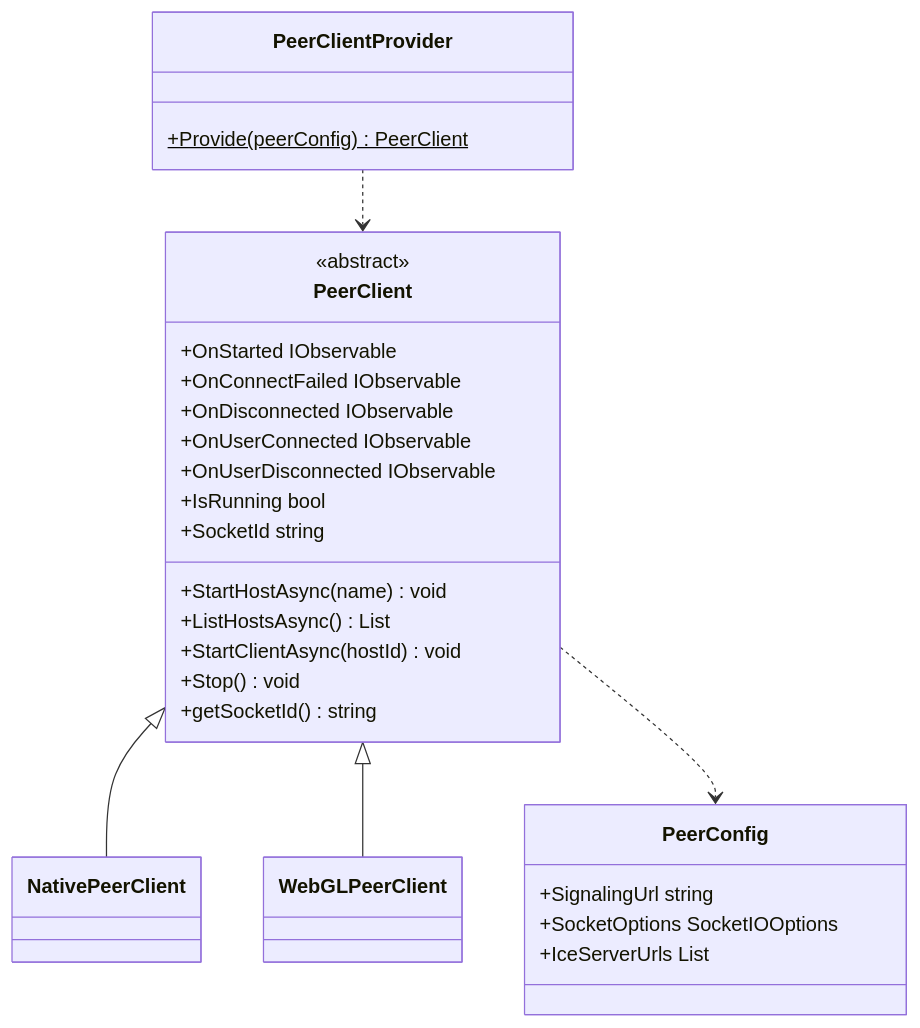
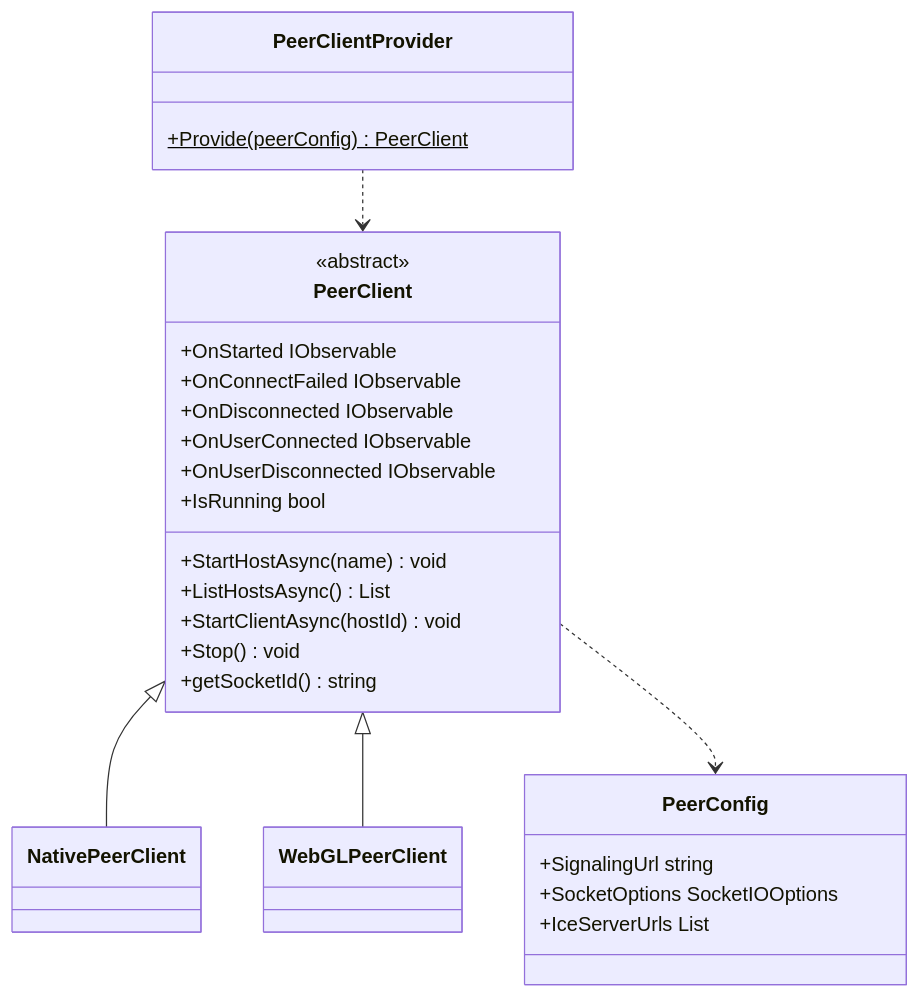
One commit to extreal-dev/Extreal.Guide changed the first of 3 diagrams in i18n/en/docusaurus-plugin-content-docs/current/integration/p2p.webrtc.md. Above: the diagram before and after it, drawn with Mermaid. The commit also changed 1 other file, not shown here.

Commit message:
Fix class member

````diff
--- a/i18n/en/docusaurus-plugin-content-docs/current/integration/p2p.webrtc.md
+++ b/i18n/en/docusaurus-plugin-content-docs/current/integration/p2p.webrtc.md
@@ -27,40 +27,39 @@
 ```mermaid
 classDiagram
 
     PeerClientProvider ..> PeerClient
     PeerClient <|-- NativePeerClient
     PeerClient <|-- WebGLPeerClient
     PeerClient ..> PeerConfig
 
     class PeerClientProvider {
         +Provide(peerConfig)$ PeerClient
     }
     
     class PeerClient {
         <<abstract>>
         +OnStarted IObservable
         +OnConnectFailed IObservable
         +OnDisconnected IObservable
         +OnUserConnected IObservable
         +OnUserDisconnected IObservable
         +IsRunning bool
-        +SocketId string
         +StartHostAsync(name) void
         +ListHostsAsync() List
         +StartClientAsync(hostId) void
         +Stop() void
         +getSocketId() string
     }
     
     class PeerConfig {
         +SignalingUrl string
         +SocketOptions SocketIOOptions
         +IceServerUrls List
     }
 
     class NativePeerClient {
     }
     
     class WebGLPeerClient {
     }
 ```
````
